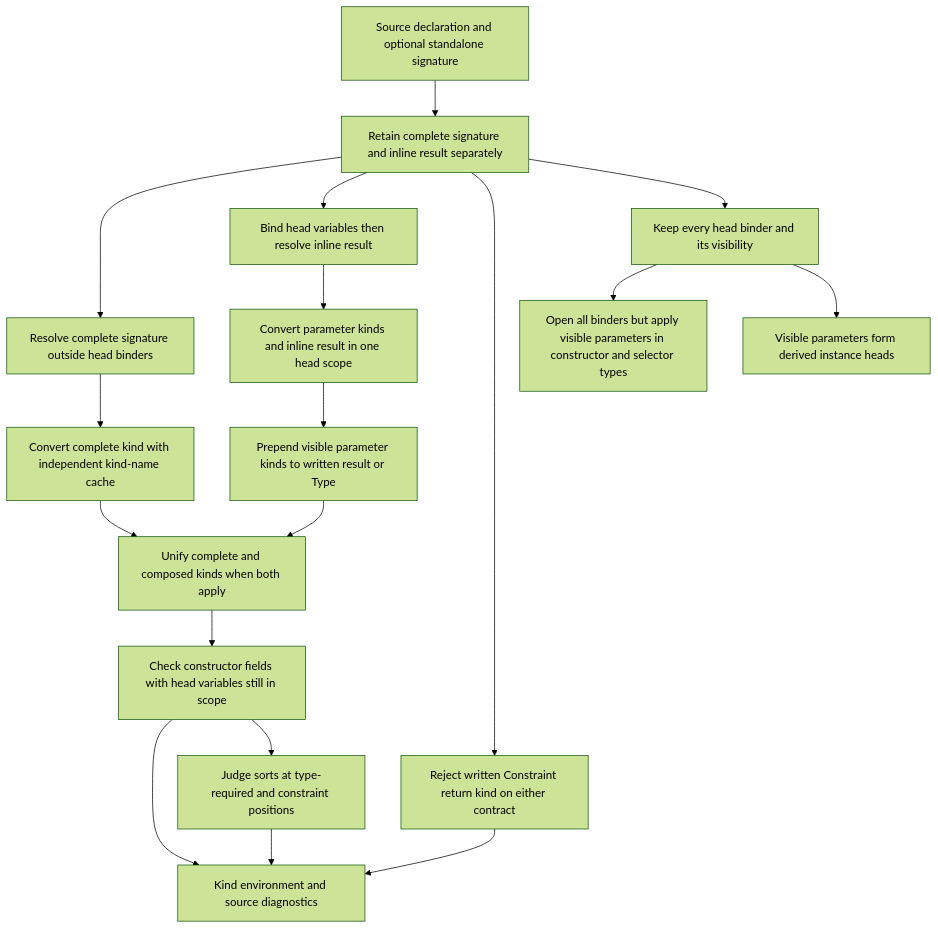
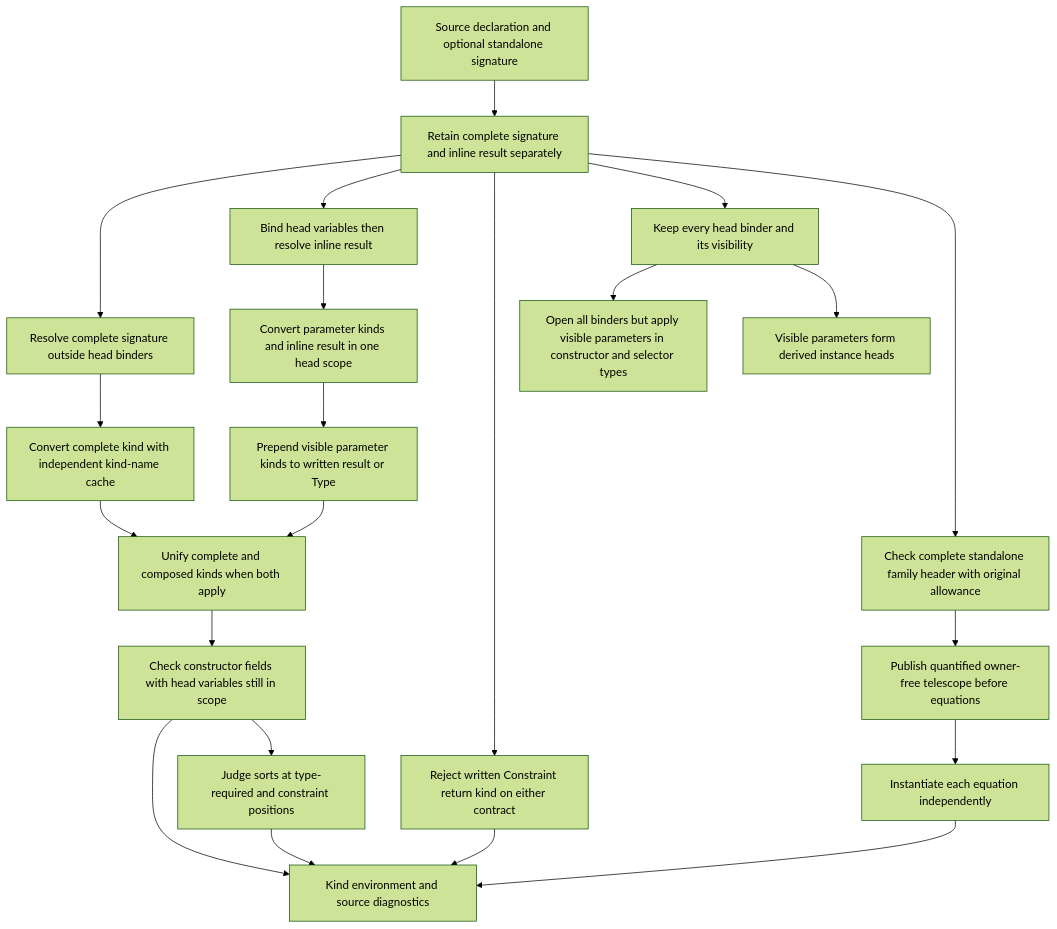
Before and after one commit to loveJesus/haskelujah-chirho: the diagram in spec-chirho/workflows-chirho/language-features-chirho/declaration-kinds-chirho.md, drawn with Mermaid (forest theme). The commit also changed other lines of this file and 1 other file, not shown here.

````diff
--- a/spec-chirho/workflows-chirho/language-features-chirho/declaration-kinds-chirho.md
+++ b/spec-chirho/workflows-chirho/language-features-chirho/declaration-kinds-chirho.md
@@ -10,20 +10,24 @@
 ```mermaid
 flowchart TD
   SourceChirho[Source declaration and optional standalone signature] --> LowerChirho[Retain complete signature and inline result separately]
   LowerChirho --> CompleteNamesChirho[Resolve complete signature outside head binders]
   LowerChirho --> HeadNamesChirho[Bind head variables then resolve inline result]
   CompleteNamesChirho --> CompleteKindChirho[Convert complete kind with independent kind-name cache]
   HeadNamesChirho --> HeadKindsChirho[Convert parameter kinds and inline result in one head scope]
   HeadKindsChirho --> ComposeChirho[Prepend visible parameter kinds to written result or Type]
   CompleteKindChirho --> ReconcileChirho[Unify complete and composed kinds when both apply]
   ComposeChirho --> ReconcileChirho
   ReconcileChirho --> FieldsChirho[Check constructor fields with head variables still in scope]
   LowerChirho --> ConstraintChirho[Reject written Constraint return kind on either contract]
   FieldsChirho --> ResultChirho[Kind environment and source diagnostics]
   ConstraintChirho --> ResultChirho
   LowerChirho --> VisibilityChirho[Keep every head binder and its visibility]
   VisibilityChirho --> SchemesChirho[Open all binders but apply visible parameters in constructor and selector types]
   VisibilityChirho --> DerivingChirho[Visible parameters form derived instance heads]
   FieldsChirho --> SortsChirho[Judge sorts at type-required and constraint positions]
   SortsChirho --> ResultChirho
+  LowerChirho --> FamilyHeaderChirho[Check complete standalone family header with original allowance]
+  FamilyHeaderChirho --> FamilyPublishChirho[Publish quantified owner-free telescope before equations]
+  FamilyPublishChirho --> FamilyEquationsChirho[Instantiate each equation independently]
+  FamilyEquationsChirho --> ResultChirho
 ```
````
